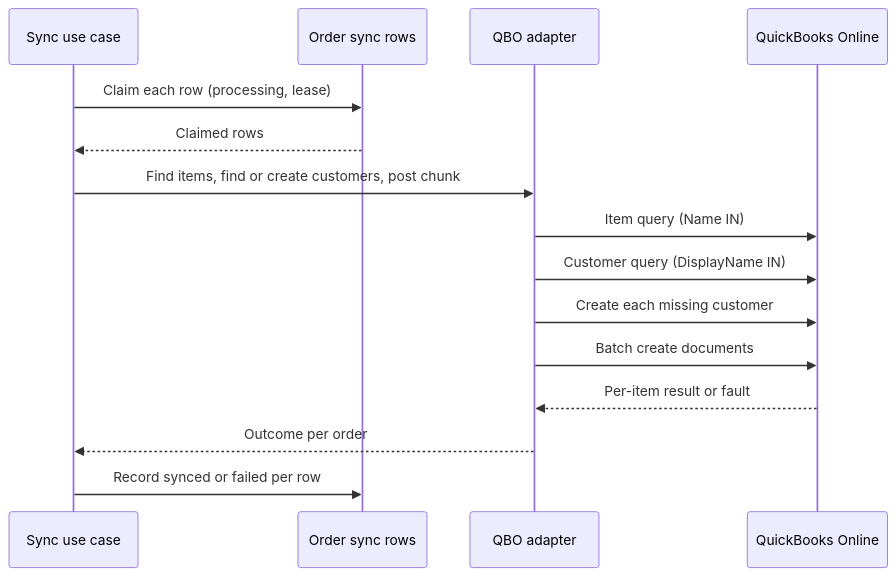
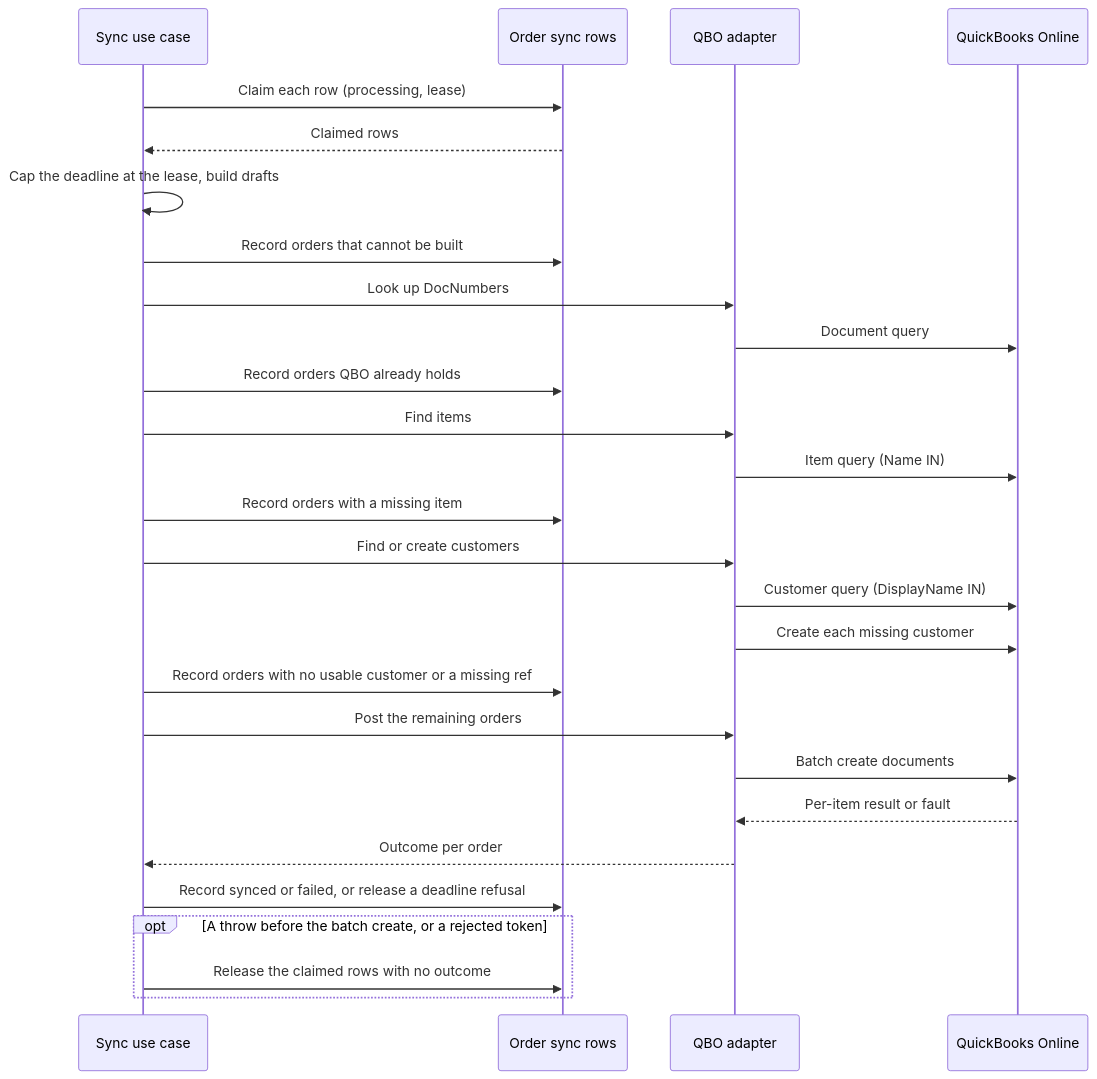
One commit to alzproducts/alz-core changed the second of 2 diagrams in docs/architecture/quickbooks-order-sync.md. Above: the diagram before and after it, drawn with Mermaid. The commit also changed other lines of this file and 37 other files, not shown here.

````diff
--- a/docs/architecture/quickbooks-order-sync.md
+++ b/docs/architecture/quickbooks-order-sync.md
@@ -43,18 +43,30 @@
 ```mermaid
 sequenceDiagram
     participant UC as Sync use case
     participant DB as Order sync rows
     participant QA as QBO adapter
     participant QB as QuickBooks Online
 
     UC->>DB: Claim each row (processing, lease)
     DB-->>UC: Claimed rows
-    UC->>QA: Find items, find or create customers, post chunk
+    UC->>UC: Cap the deadline at the lease, build drafts
+    UC->>DB: Record orders that cannot be built
+    UC->>QA: Look up DocNumbers
+    QA->>QB: Document query
+    UC->>DB: Record orders QBO already holds
+    UC->>QA: Find items
     QA->>QB: Item query (Name IN)
+    UC->>DB: Record orders with a missing item
+    UC->>QA: Find or create customers
     QA->>QB: Customer query (DisplayName IN)
     QA->>QB: Create each missing customer
+    UC->>DB: Record orders with no usable customer or a missing ref
+    UC->>QA: Post the remaining orders
     QA->>QB: Batch create documents
     QB-->>QA: Per-item result or fault
     QA-->>UC: Outcome per order
-    UC->>DB: Record synced or failed per row
+    UC->>DB: Record synced or failed, or release a deadline refusal
+    opt A throw before the batch create, or a rejected token
+        UC->>DB: Release the claimed rows with no outcome
+    end
 ```
````
